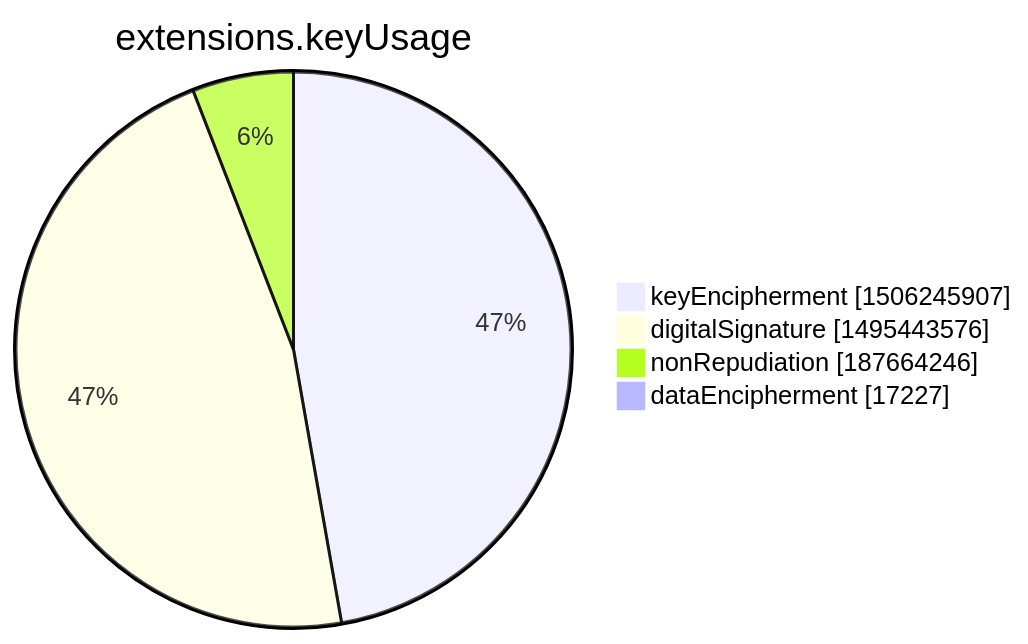
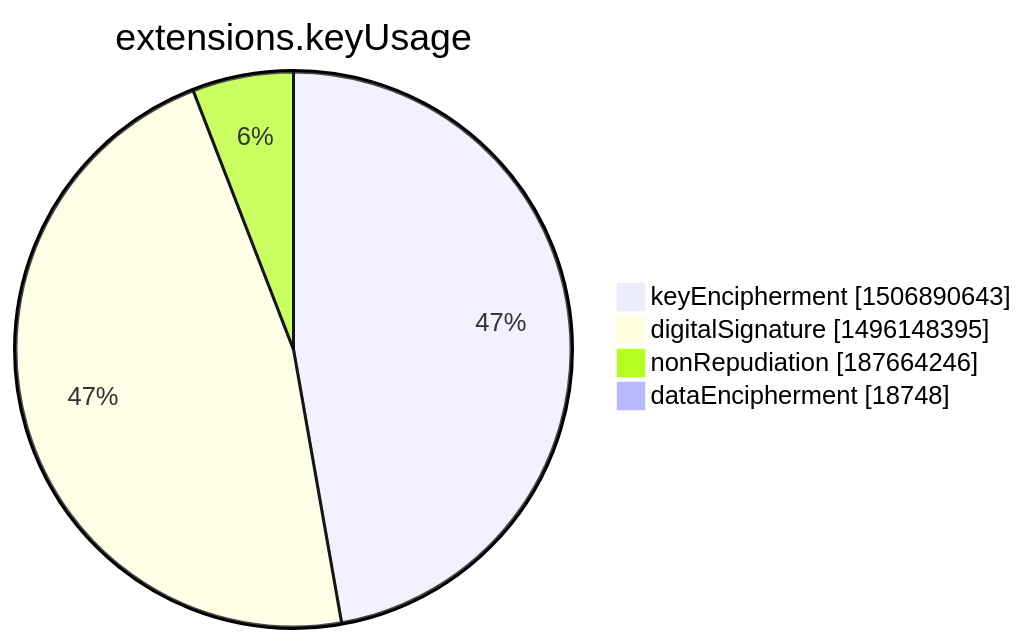
Before and after one commit to christiankrug/ctmonitor_visualization: the seventh of 15 diagrams in xenon2022/README.md, drawn with Mermaid. The commit also changed other lines of this file, not shown here.

````diff
--- a/xenon2022/README.md
+++ b/xenon2022/README.md
@@ -2845,8 +2845,8 @@
 ```mermaid
 pie showData
 title extensions.keyUsage
-"keyEncipherment" :1506245907
-"digitalSignature" :1495443576
+"keyEncipherment" :1506890643
+"digitalSignature" :1496148395
 "nonRepudiation" :187664246
-"dataEncipherment" :17227
+"dataEncipherment" :18748
 ```
````
